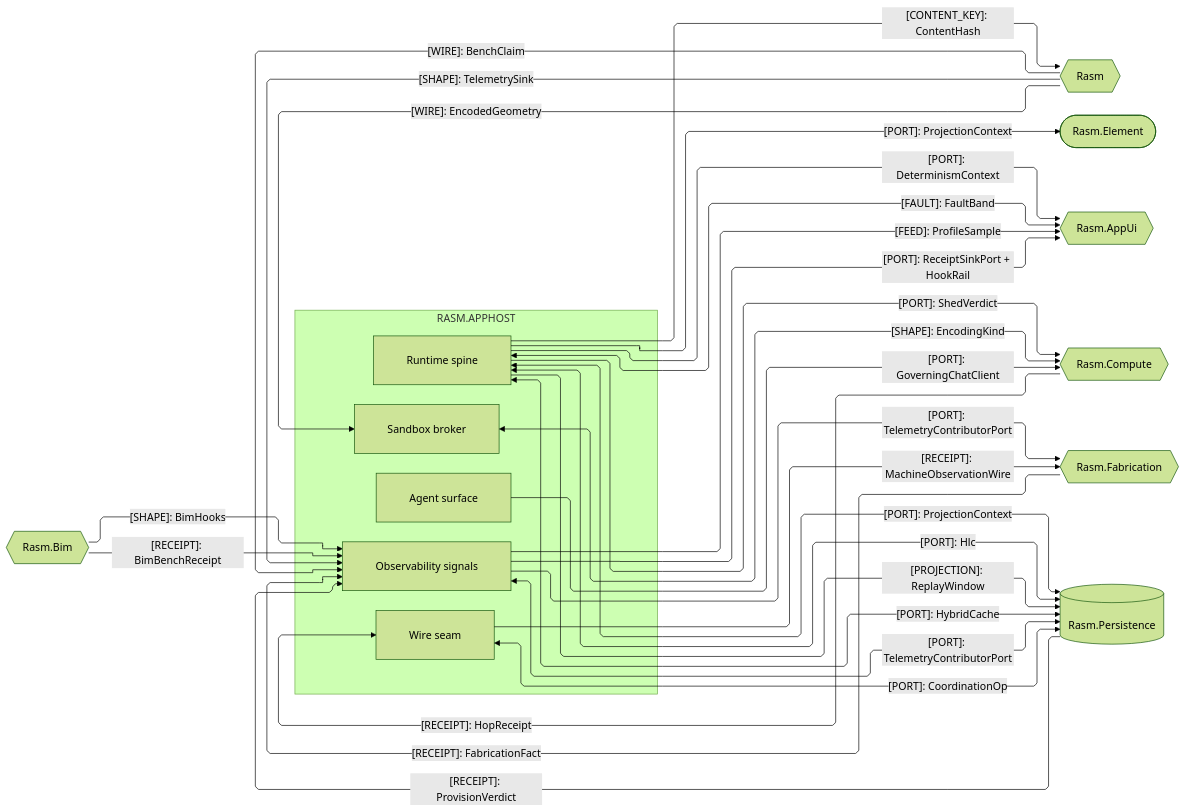
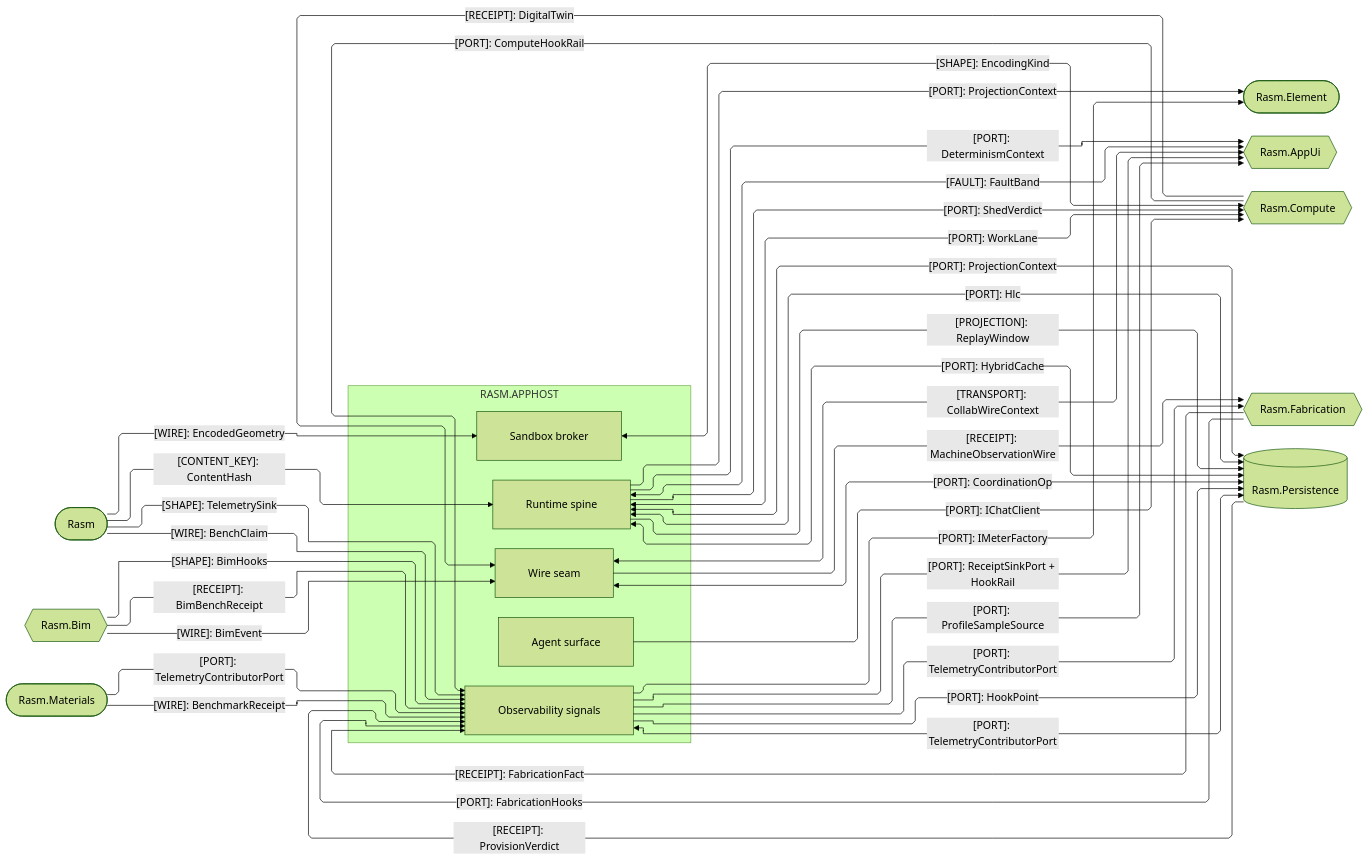
The third of 4 diagrams in libs/csharp/Rasm.AppHost/ARCHITECTURE.md (bsamiee/Rasm), drawn with Mermaid (forest theme) before and after one commit. The commit also changed other lines of this file and 486 other files, not shown here.

````diff
--- a/libs/csharp/Rasm.AppHost/ARCHITECTURE.md
+++ b/libs/csharp/Rasm.AppHost/ARCHITECTURE.md
@@ -149,51 +150,61 @@
 ```mermaid
 ---
 config:
   layout: elk
   flowchart:
     curve: linear
     padding: 25
 ---
 flowchart LR
     accTitle: AppHost C# platform seams
-    accDescr: AppHost sub-domain owners exchanging ports, shapes, wires, receipts, and faults with the kernel, Bim, Element, AppUi, Fabrication, Persistence, and Compute packages, one edge per contract family labeled by kind.
+    accDescr: AppHost sub-domain owners exchanging ports, shapes, wires, receipts, content keys, and faults with every C# peer, one edge per kind.
     subgraph apphost[RASM.APPHOST]
         Runtime[Runtime spine]
         Agent[Agent surface]
         Wire[Wire seam]
         Sandbox[Sandbox broker]
         Observability[Observability signals]
     end
-    Kernel{{Rasm}}
+    Kernel([Rasm])
     Bim{{Rasm.Bim}}
     Element([Rasm.Element])
+    Materials([Rasm.Materials])
     AppUi{{Rasm.AppUi}}
     Compute{{Rasm.Compute}}
     Fabrication{{Rasm.Fabrication}}
     Persistence[(Rasm.Persistence)]
     Kernel -->|"[WIRE]: EncodedGeometry"| Sandbox
     Kernel e23@-->|"[SHAPE]: TelemetrySink"| Observability
     Kernel e24@-->|"[WIRE]: BenchClaim"| Observability
+    Kernel e30@-->|"[CONTENT_KEY]: ContentHash"| Runtime
     Bim e25@-->|"[SHAPE]: BimHooks"| Observability
     Bim e26@-->|"[RECEIPT]: BimBenchReceipt"| Observability
-    Runtime -->|"[CONTENT_KEY]: ContentHash"| Kernel
+    Bim e39@-->|"[WIRE]: BimEvent"| Wire
     Runtime e3@-->|"[PORT]: ProjectionContext"| Element
+    Observability e31@-->|"[PORT]: IMeterFactory"| Element
+    Materials e32@-->|"[PORT]: TelemetryContributorPort"| Observability
+    Materials e33@-->|"[WIRE]: BenchmarkReceipt"| Observability
     Runtime -->|"[PORT]: DeterminismContext"| AppUi
     Runtime e6@<-->|"[PORT]: ProjectionContext"| Persistence
     Wire e8@<-->|"[PORT]: CoordinationOp"| Persistence
     Runtime e15@<-->|"[PORT]: Hlc"| Persistence
     Runtime e16@-->|"[PROJECTION]: ReplayWindow"| Persistence
     Runtime e17@<-->|"[PORT]: HybridCache"| Persistence
     Persistence e18@-->|"[RECEIPT]: ProvisionVerdict"| Observability
     Observability e14@<-->|"[PORT]: TelemetryContributorPort"| Persistence
+    Observability e34@-->|"[PORT]: HookPoint"| Persistence
     Observability e19@-->|"[PORT]: ReceiptSinkPort + HookRail"| AppUi
     Runtime e20@<-->|"[FAULT]: FaultBand"| AppUi
-    Observability e27@-->|"[FEED]: ProfileSample"| AppUi
+    Observability e27@-->|"[PORT]: ProfileSampleSource"| AppUi
     Fabrication e21@-->|"[RECEIPT]: FabricationFact"| Observability
+    Fabrication e35@-->|"[PORT]: FabricationHooks"| Observability
     Observability e22@-->|"[PORT]: TelemetryContributorPort"| Fabrication
     Wire e28@-->|"[RECEIPT]: MachineObservationWire"| Fabrication
     Runtime -->|"[PORT]: ShedVerdict"| Compute
-    Agent -->|"[PORT]: GoverningChatClient"| Compute
-    Compute -->|"[RECEIPT]: HopReceipt"| Wire
+    Runtime e36@<-->|"[PORT]: WorkLane"| Compute
+    Agent -->|"[PORT]: IChatClient"| Compute
+    Compute e37@-->|"[PORT]: ComputeHookRail"| Observability
+    Compute e38@-->|"[RECEIPT]: DigitalTwin"| Wire
+    Wire e29@<-->|"[TRANSPORT]: CollabWireContext"| AppUi
     Sandbox <-->|"[SHAPE]: EncodingKind"| Compute
 ```
````
